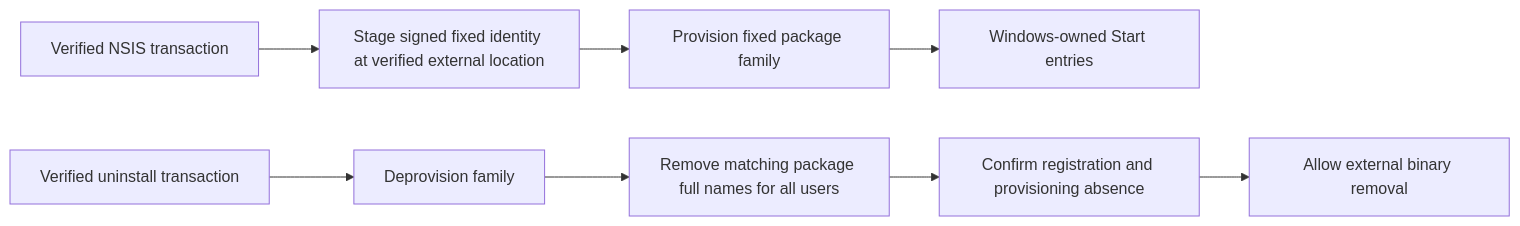
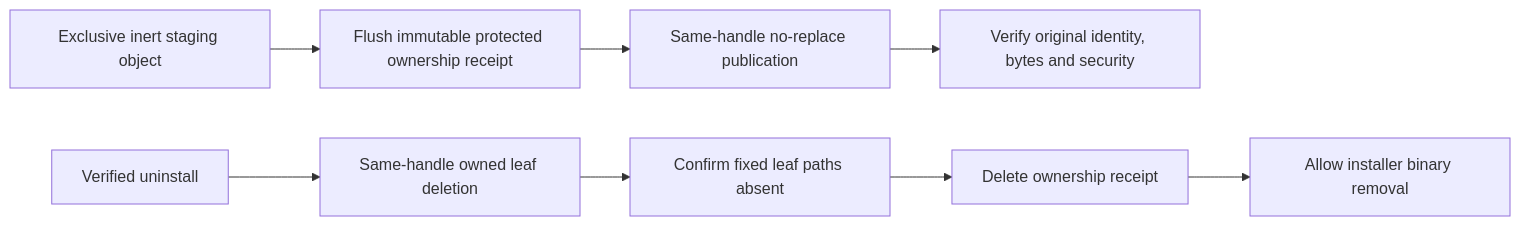
One commit to TheGreenCedar/BatCave changed the diagram in docs/windows-start-lifecycle-plan.md. Above: the diagram before and after it, drawn with Mermaid. The commit also changed other lines of this file and 8 other files, not shown here.

Commit message:
feat: own the shared Windows Start projection

````diff
--- a/docs/windows-start-lifecycle-plan.md
+++ b/docs/windows-start-lifecycle-plan.md
@@ -19,10 +19,10 @@
 ```mermaid
 flowchart LR
-    Install[Verified NSIS transaction] --> Stage[Stage signed fixed identity at verified external location]
-    Stage --> Provision[Provision fixed package family]
-    Provision --> Start[Windows-owned Start entries]
-    Uninstall[Verified uninstall transaction] --> Deprovision[Deprovision family]
-    Deprovision --> Remove[Remove matching package full names for all users]
-    Remove --> Observe[Confirm registration and provisioning absence]
-    Observe --> Binaries[Allow external binary removal]
+    Create[Exclusive inert staging object] --> Record[Flush immutable protected ownership receipt]
+    Record --> Publish[Same-handle no-replace publication]
+    Publish --> Observe[Verify original identity, bytes and security]
+    Cleanup[Verified uninstall] --> Delete[Same-handle owned leaf deletion]
+    Delete --> Absent[Confirm fixed leaf paths absent]
+    Absent --> Receipt[Delete ownership receipt]
+    Receipt --> Binaries[Allow installer binary removal]
 ```
````
